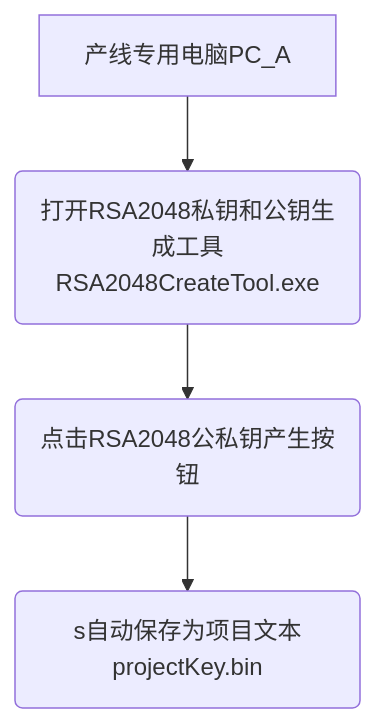
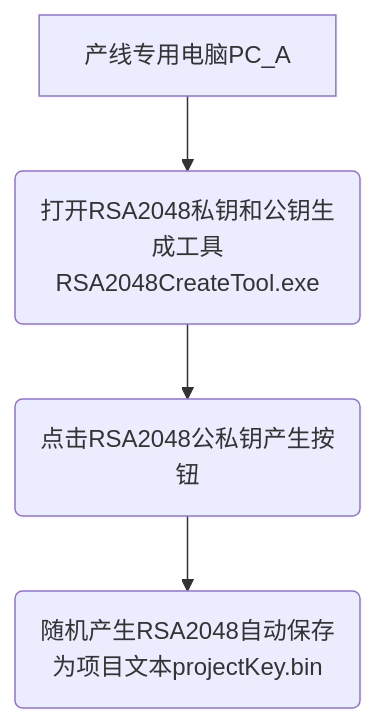
One commit to facebook-cloud/iodraw-files changed the diagram in all/未命名-10.md. Above: the diagram before and after it, drawn with Mermaid.

Commit message:
2026-01-06 20:26:58 update

````diff
--- a/all/未命名-10.md
+++ b/all/未命名-10.md
@@ -1,6 +1,6 @@
 ```mermaid
 graph TD
     A[产线专用电脑PC_A] --> B(打开RSA2048私钥和公钥生成工具RSA2048CreateTool.exe)
     B --> C(点击RSA2048公私钥产生按钮)
-    C --> F(s自动保存为项目文本projectKey.bin)
+    C --> F(随机产生RSA2048自动保存为项目文本projectKey.bin)
 ```
````
